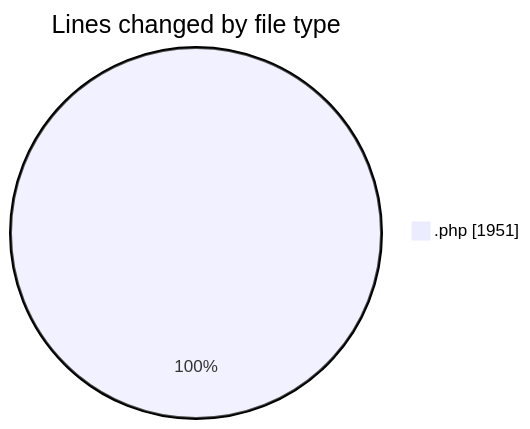
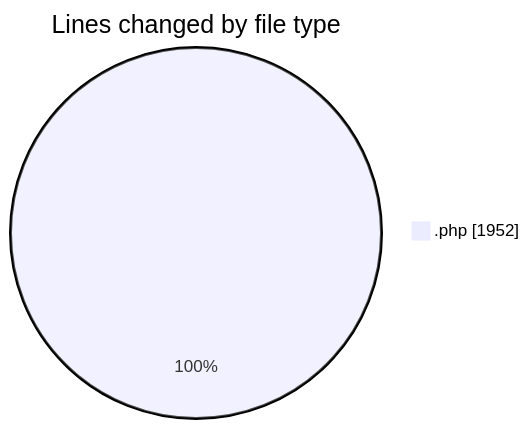
The first of 2 diagrams in 2025-08-13/web/README.md (LanceThiago/code-tracking), drawn with Mermaid before and after one commit. The commit also changed other lines of this file and 1 other file, not shown here.

````diff
--- a/2025-08-13/web/README.md
+++ b/2025-08-13/web/README.md
@@ -21,5 +21,5 @@
 ```mermaid
 pie showData
 title Lines changed by file type
-".php" : 1951
+".php" : 1952
 ```
````
